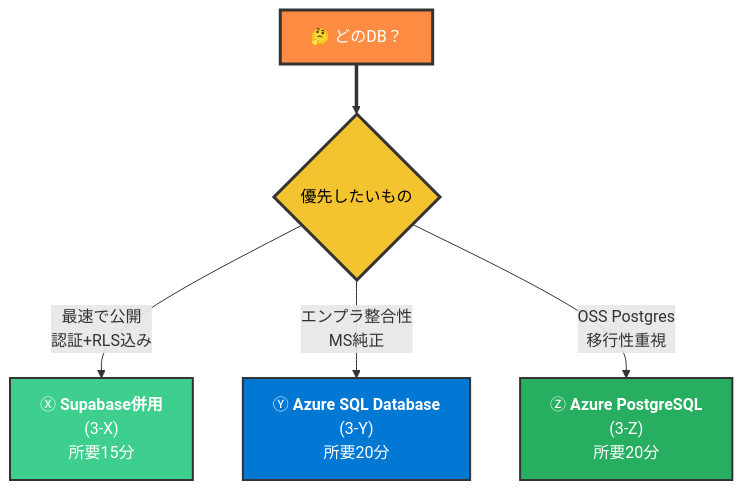
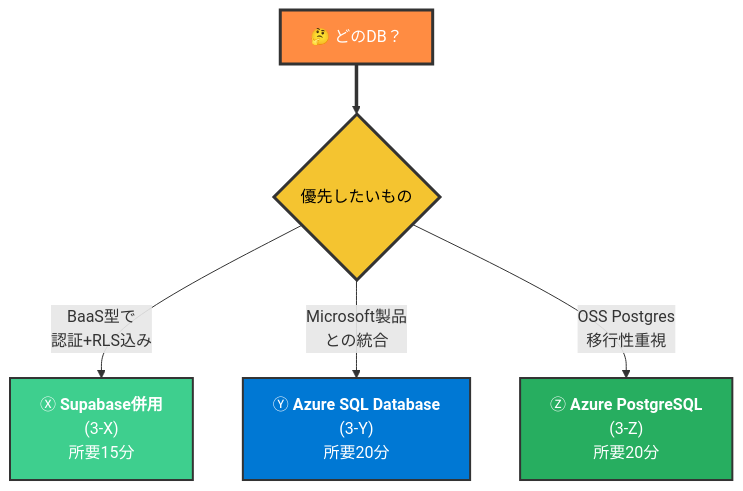
Before and after one commit to kasuyaofcb/tech_docs: the tenth of 19 diagrams in azure/setup.md, drawn with Mermaid. The commit also changed other lines of this file and 1 other file, not shown here.

First line of the commit message:
docs(azure): 主観表現・スラングを除き、中立的な記述に統一

````diff
--- a/azure/setup.md
+++ b/azure/setup.md
@@ -341,14 +341,14 @@
 ```mermaid
 flowchart TB
     Q["🤔 どのDB？"] ==> Q1{"優先したいもの"}
 
-    Q1 -->|"最速で公開<br/>認証+RLS込み"| X["Ⓧ <b>Supabase併用</b><br/>(3-X)<br/>所要15分"]
-    Q1 -->|"エンプラ整合性<br/>MS純正"| Y["Ⓨ <b>Azure SQL Database</b><br/>(3-Y)<br/>所要20分"]
+    Q1 -->|"BaaS型で<br/>認証+RLS込み"| X["Ⓧ <b>Supabase併用</b><br/>(3-X)<br/>所要15分"]
+    Q1 -->|"Microsoft製品<br/>との統合"| Y["Ⓨ <b>Azure SQL Database</b><br/>(3-Y)<br/>所要20分"]
     Q1 -->|"OSS Postgres<br/>移行性重視"| Z["Ⓩ <b>Azure PostgreSQL</b><br/>(3-Z)<br/>所要20分"]
 
     style Q fill:#FF8C42,color:#FFFFFF,stroke:#333,stroke-width:3px
     style Q1 fill:#F4C430,color:#000,stroke:#333,stroke-width:3px
     style X fill:#3ECF8E,color:#FFFFFF,stroke:#333,stroke-width:2px
     style Y fill:#0078D4,color:#FFFFFF,stroke:#333,stroke-width:2px
     style Z fill:#27AE60,color:#FFFFFF,stroke:#333,stroke-width:2px
 ```
````
